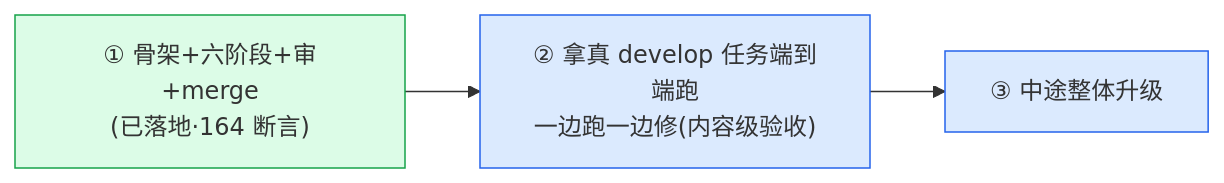
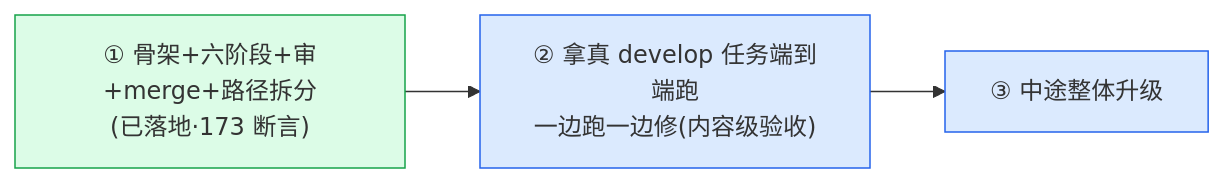
One commit to chancheuklap/multi-model-workflow changed the tenth of 10 diagrams in docs/plugin2/OVERVIEW.md. Above: the diagram before and after it, drawn with Mermaid. The commit also changed other lines of this file and 13 other files, not shown here.

````diff
--- a/docs/plugin2/OVERVIEW.md
+++ b/docs/plugin2/OVERVIEW.md
@@ -443,6 +444,6 @@
 ```mermaid
 flowchart LR
-    N1["① 骨架+六阶段+审+merge<br/>(已落地·164 断言)"]:::done --> N2["② 拿真 develop 任务端到端跑<br/>一边跑一边修(内容级验收)"]:::nx --> N3["③ 中途整体升级"]:::nx
+    N1["① 骨架+六阶段+审+merge+路径拆分<br/>(已落地·173 断言)"]:::done --> N2["② 拿真 develop 任务端到端跑<br/>一边跑一边修(内容级验收)"]:::nx --> N3["③ 中途整体升级"]:::nx
     classDef done fill:#dcfce7,stroke:#16a34a
     classDef nx fill:#dbeafe,stroke:#2563eb
 ```
````
